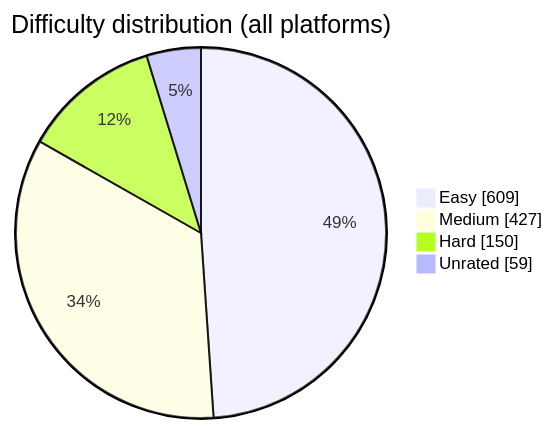
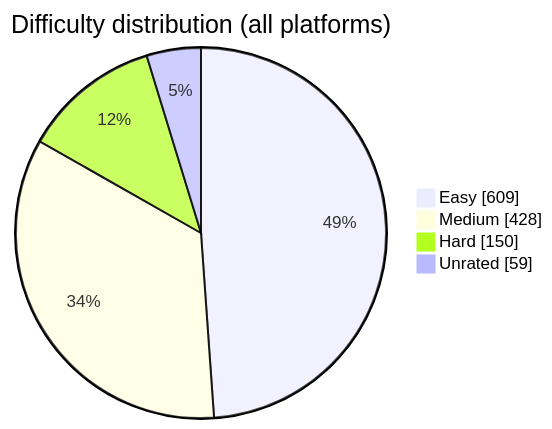
One commit to BuildbyArindam/Daily-Coding-Log changed the diagram in README.md. Above: the diagram before and after it, drawn with Mermaid. The commit also changed other lines of this file, not shown here.

````diff
--- a/README.md
+++ b/README.md
@@ -93,7 +93,7 @@
 ```mermaid
 pie showData title Difficulty distribution (all platforms)
     "Easy" : 609
-    "Medium" : 427
+    "Medium" : 428
     "Hard" : 150
     "Unrated" : 59
 ```
````
